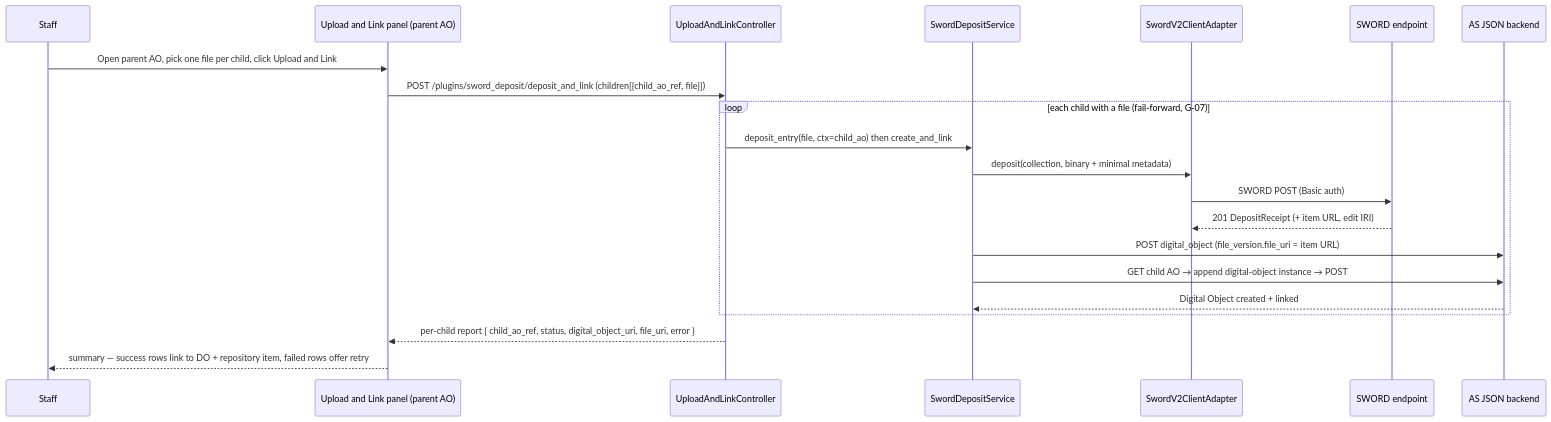
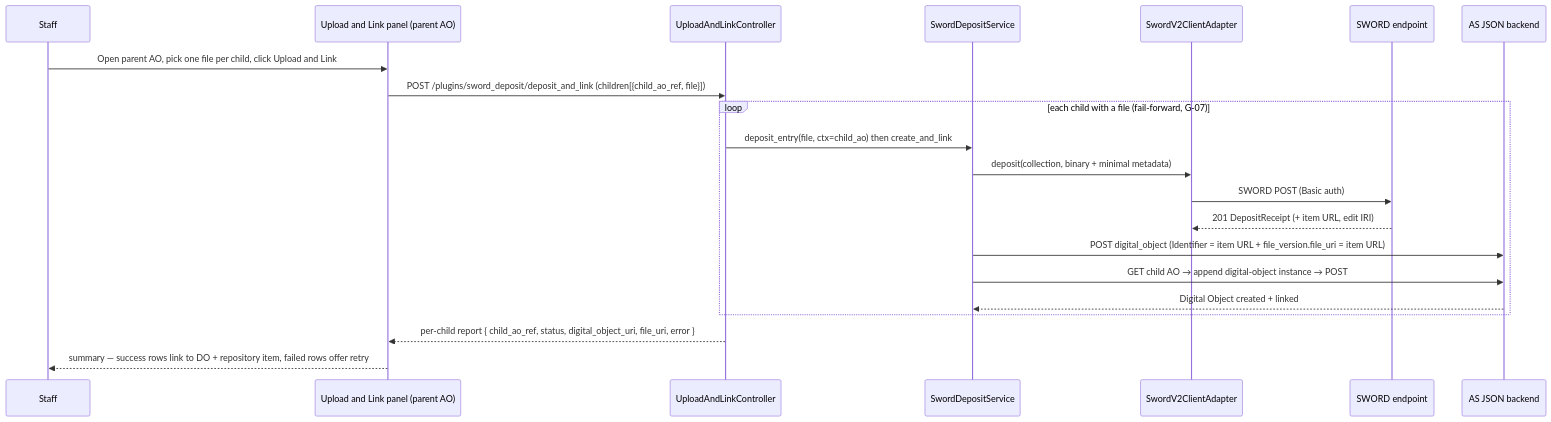
One commit to ryanttb/LyrasisInteroperabilityProject changed the third of 4 diagrams in specs/A3-4-dev-high-as-sword-deposit.md. Above: the diagram before and after it, drawn with Mermaid. The commit also changed other lines of this file and 2 other files, not shown here.

Commit message:
A3-4 include Identifier as required, Mode C creates File Version

````diff
--- a/specs/A3-4-dev-high-as-sword-deposit.md
+++ b/specs/A3-4-dev-high-as-sword-deposit.md
@@ -760,24 +774,24 @@
 ```mermaid
 sequenceDiagram
   participant S as Staff
   participant UI as Upload and Link panel (parent AO)
   participant C as UploadAndLinkController
   participant Svc as SwordDepositService
   participant A as SwordV2ClientAdapter
   participant DS as SWORD endpoint
   participant B as AS JSON backend
 
   S->>UI: Open parent AO, pick one file per child, click Upload and Link
   UI->>C: POST /plugins/sword_deposit/deposit_and_link (children[{child_ao_ref, file}])
   loop each child with a file (fail-forward, G-07)
     C->>Svc: deposit_entry(file, ctx=child_ao) then create_and_link
     Svc->>A: deposit(collection, binary + minimal metadata)
     A->>DS: SWORD POST (Basic auth)
     DS-->>A: 201 DepositReceipt (+ item URL, edit IRI)
-    Svc->>B: POST digital_object (file_version.file_uri = item URL)
+    Svc->>B: POST digital_object (Identifier = item URL + file_version.file_uri = item URL)
     Svc->>B: GET child AO → append digital-object instance → POST
     B-->>Svc: Digital Object created + linked
   end
   C-->>UI: per-child report { child_ao_ref, status, digital_object_uri, file_uri, error }
   UI-->>S: summary — success rows link to DO + repository item, failed rows offer retry
 ```
````
